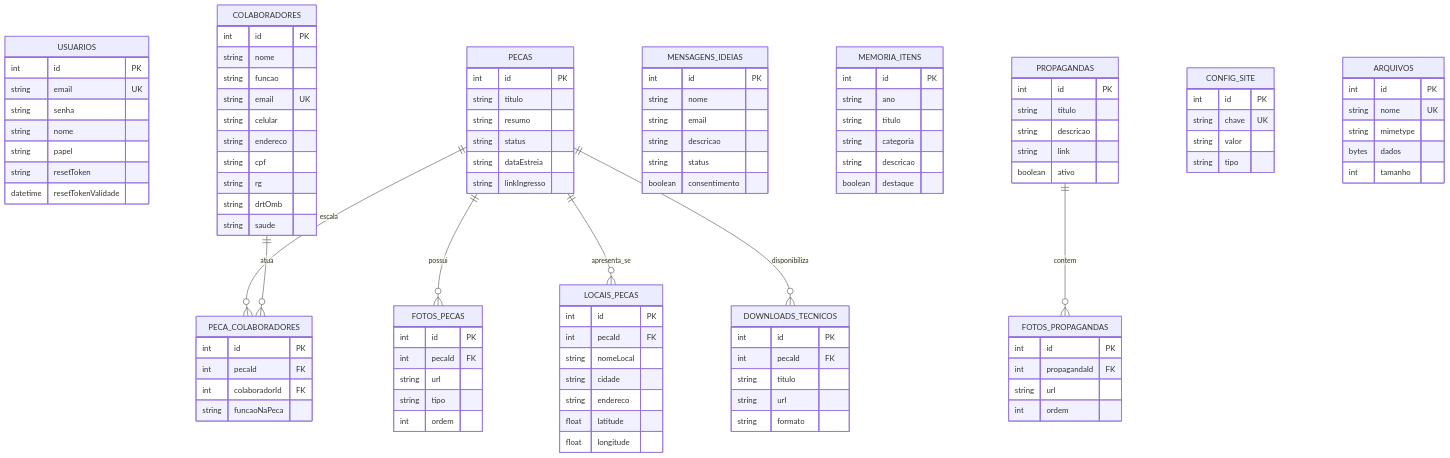
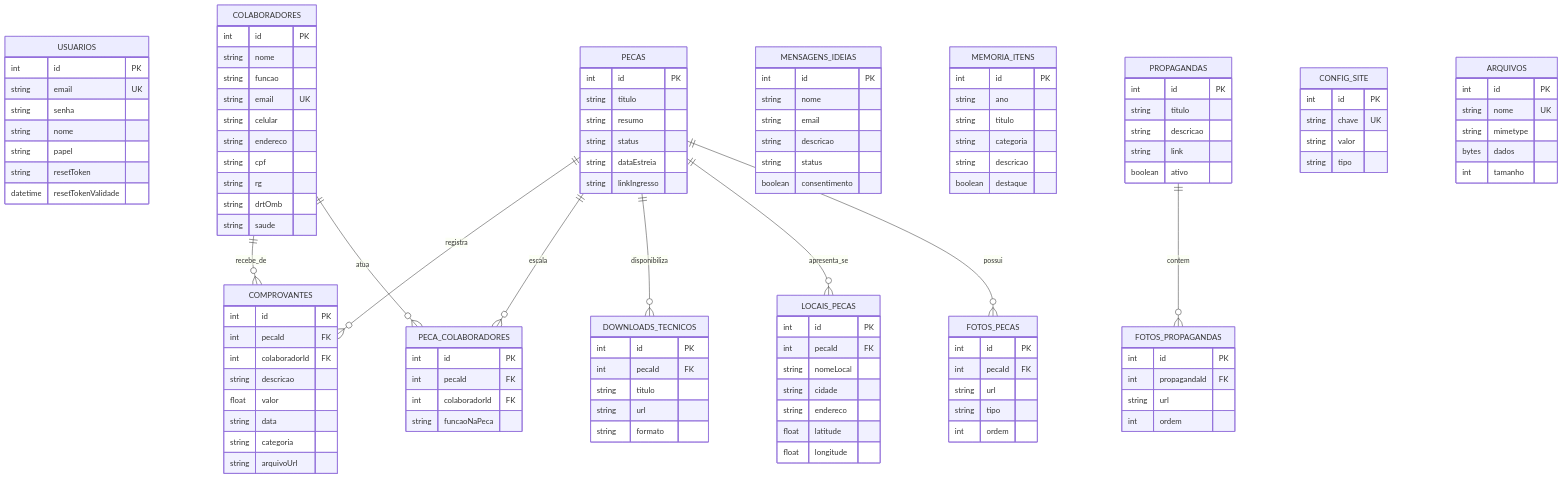
Before and after one commit to pfFabio/projeto_teatro: the fourth of 4 diagrams in docs/exercicios/exercicio_2_arquitetura_modelagem.md, drawn with Mermaid. The commit also changed other lines of this file and 23 other files, not shown here.

````diff
--- a/docs/exercicios/exercicio_2_arquitetura_modelagem.md
+++ b/docs/exercicios/exercicio_2_arquitetura_modelagem.md
@@ -362,11 +377,23 @@
         bytes dados
         int tamanho
     }
+    COMPROVANTES {
+        int id PK
+        int pecaId FK
+        int colaboradorId FK
+        string descricao
+        float valor
+        string data
+        string categoria
+        string arquivoUrl
+    }
 
     PECAS ||--o{ FOTOS_PECAS : possui
     PECAS ||--o{ LOCAIS_PECAS : apresenta_se
     PECAS ||--o{ DOWNLOADS_TECNICOS : disponibiliza
     PECAS ||--o{ PECA_COLABORADORES : escala
+    PECAS ||--o{ COMPROVANTES : registra
     COLABORADORES ||--o{ PECA_COLABORADORES : atua
+    COLABORADORES ||--o{ COMPROVANTES : recebe_de
     PROPAGANDAS ||--o{ FOTOS_PROPAGANDAS : contem
 ```
````
